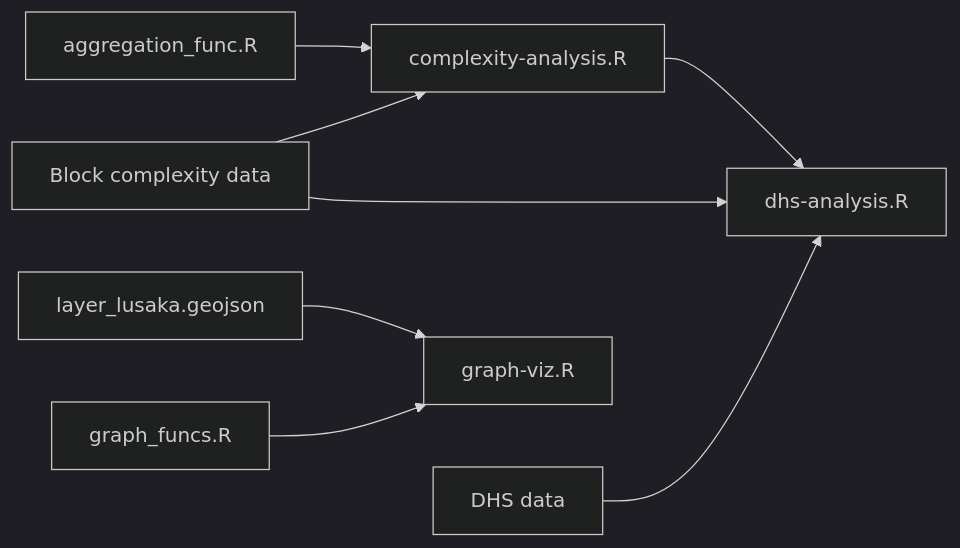
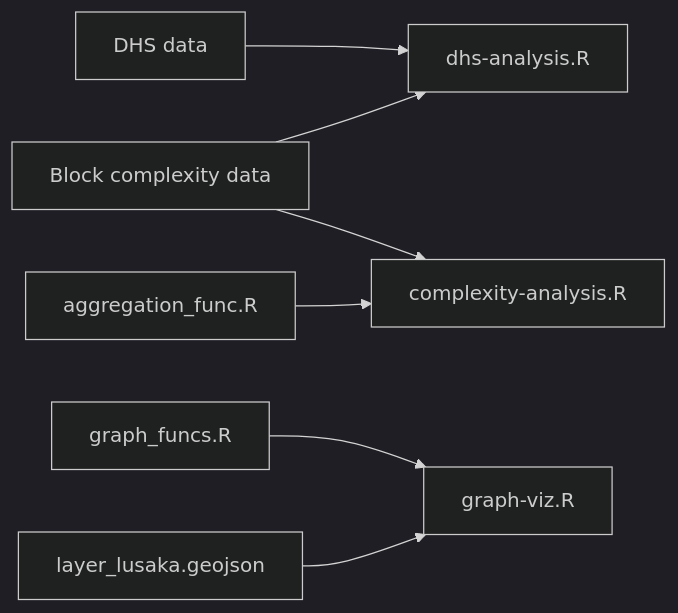
The diagram in ReadMe.md (mansueto-institute/kblock-analysis), drawn with Mermaid (dark theme) before and after one commit.

````diff
--- a/ReadMe.md
+++ b/ReadMe.md
@@ -22,11 +22,10 @@
 ```mermaid
 graph LR
 G[DHS data] --> C
 A[Block complexity data] --> B[complexity-analysis.R]
 E[aggregation_func.R] --> B
-A --> C
-B --> C[dhs-analysis.R]
+A --> C[dhs-analysis.R]
 
 F[graph_funcs.R] --> D[graph-viz.R]
 J[layer_lusaka.geojson] --> D
 ```
````
